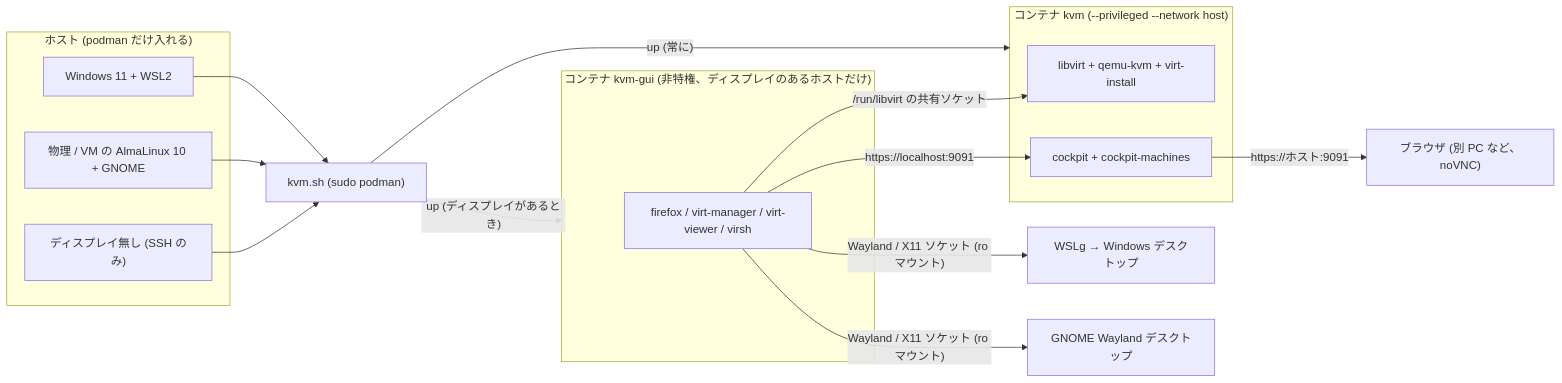
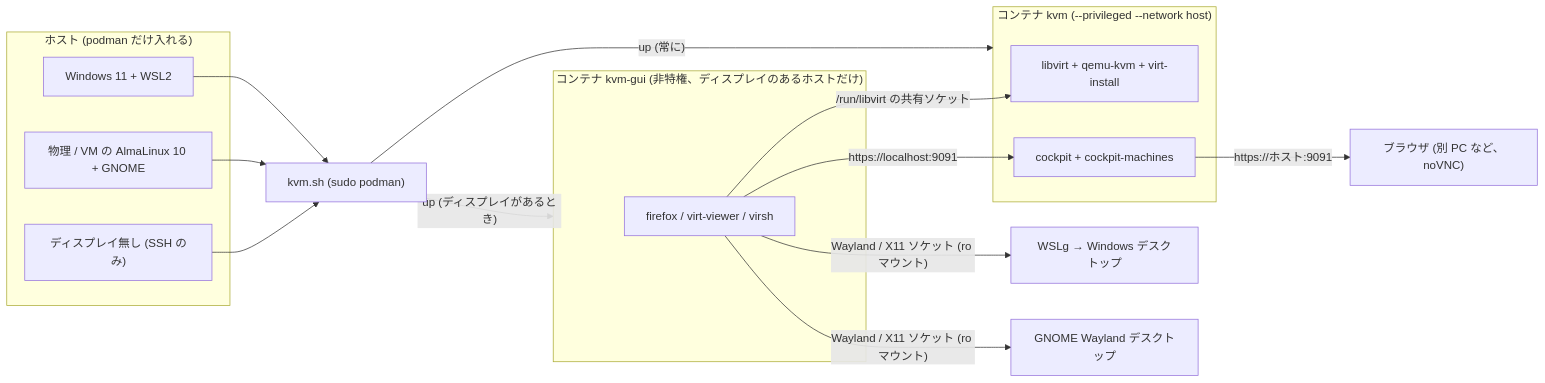
One commit to ryo-aoki-pc/kvm-container changed the first of 22 diagrams in docs/SPEC.md. Above: the diagram before and after it, drawn with Mermaid. The commit also changed other lines of this file and 6 other files, not shown here.

First line of the commit message:
virt-manager を削除する (#24)

````diff
--- a/docs/SPEC.md
+++ b/docs/SPEC.md
@@ -43,26 +43,26 @@
 ```mermaid
 flowchart LR
   subgraph hosts ["ホスト (podman だけ入れる)"]
     wsl["Windows 11 + WSL2"]
     gnome["物理 / VM の AlmaLinux 10 + GNOME"]
     headless["ディスプレイ無し (SSH のみ)"]
   end
   sh["kvm.sh (sudo podman)"]
   subgraph kvm ["コンテナ kvm (--privileged --network host)"]
     qemu["libvirt + qemu-kvm + virt-install"]
     cockpit["cockpit + cockpit-machines"]
   end
   subgraph gui ["コンテナ kvm-gui (非特権、ディスプレイのあるホストだけ)"]
-    apps["firefox / virt-manager / virt-viewer / virsh"]
+    apps["firefox / virt-viewer / virsh"]
   end
   wsl --> sh
   gnome --> sh
   headless --> sh
   sh -->|"up (常に)"| kvm
   sh -->|"up (ディスプレイがあるとき)"| gui
   apps -->|"/run/libvirt の共有ソケット"| qemu
   apps -->|"https://localhost:9091"| cockpit
   apps -->|"Wayland / X11 ソケット (ro マウント)"| wslg["WSLg → Windows デスクトップ"]
   apps -->|"Wayland / X11 ソケット (ro マウント)"| gd["GNOME Wayland デスクトップ"]
   cockpit -->|"https://ホスト:9091"| browser["ブラウザ (別 PC など、noVNC)"]
 ```
````
